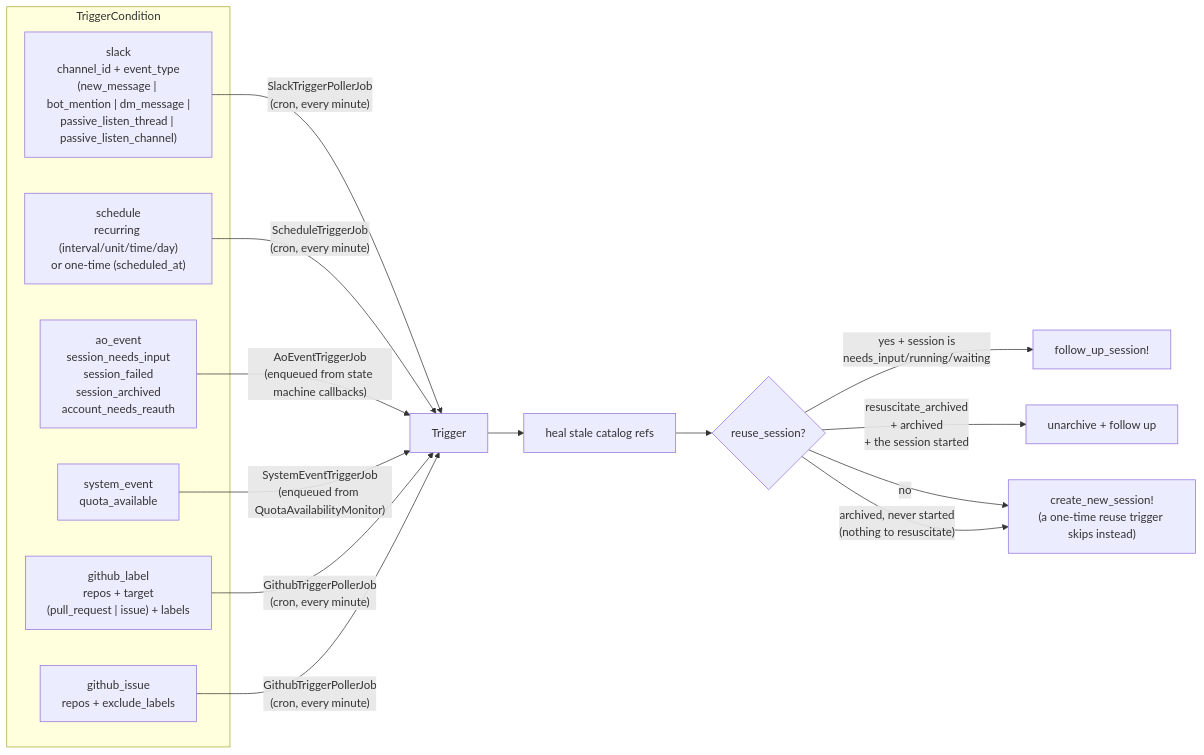
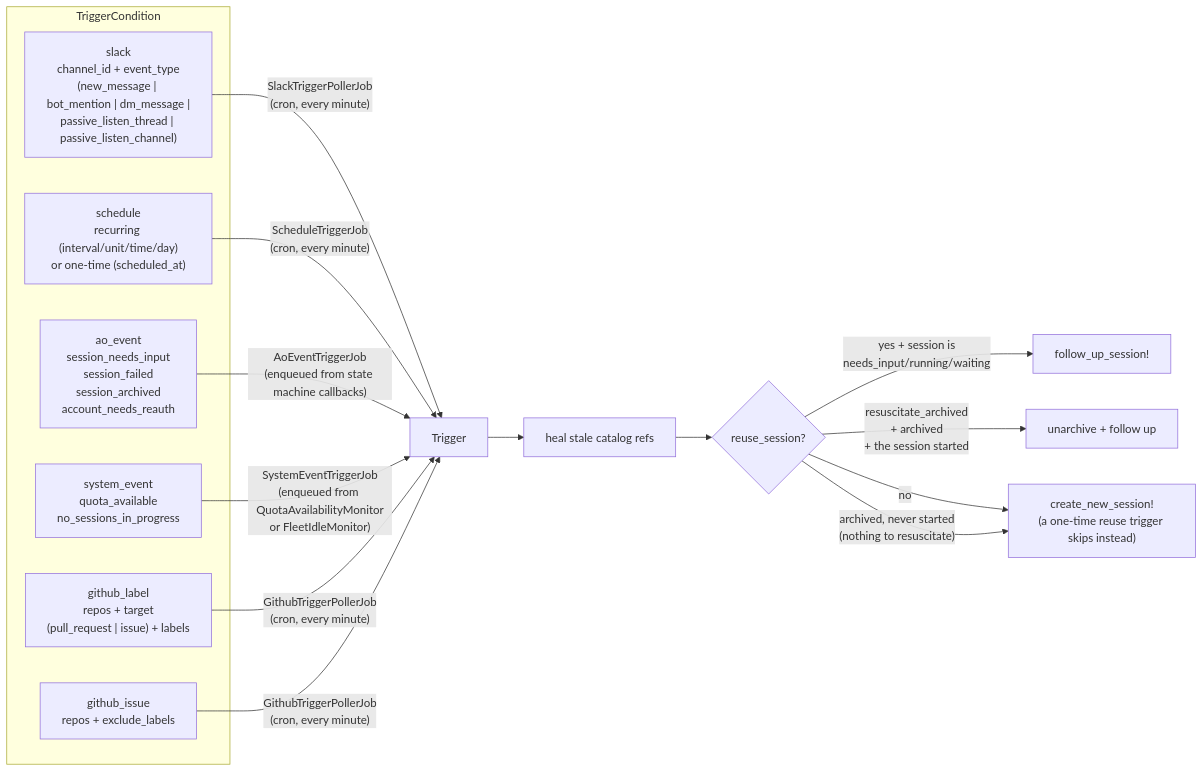
Before and after one commit to tadasant/zimmer: the first of 2 diagrams in docs/src/content/docs/sessions/triggers.md, drawn with Mermaid. The commit also changed other lines of this file and 18 other files, not shown here.

````diff
--- a/docs/src/content/docs/sessions/triggers.md
+++ b/docs/src/content/docs/sessions/triggers.md
@@ -15,25 +15,25 @@
 ```mermaid
 flowchart LR
     subgraph conditions["TriggerCondition"]
         SL["slack<br/>channel_id + event_type<br/>(new_message | bot_mention | dm_message |<br/>passive_listen_thread | passive_listen_channel)"]
         SC["schedule<br/>recurring (interval/unit/time/day)<br/>or one-time (scheduled_at)"]
         AO["ao_event<br/>session_needs_input<br/>session_failed<br/>session_archived<br/>account_needs_reauth"]
-        SE["system_event<br/>quota_available"]
+        SE["system_event<br/>quota_available<br/>no_sessions_in_progress"]
         GL["github_label<br/>repos + target<br/>(pull_request | issue) + labels"]
         GI["github_issue<br/>repos + exclude_labels"]
     end
 
     SL -->|"SlackTriggerPollerJob<br/>(cron, every minute)"| T["Trigger"]
     SC -->|"ScheduleTriggerJob<br/>(cron, every minute)"| T
     AO -->|"AoEventTriggerJob<br/>(enqueued from state machine callbacks)"| T
-    SE -->|"SystemEventTriggerJob<br/>(enqueued from QuotaAvailabilityMonitor)"| T
+    SE -->|"SystemEventTriggerJob<br/>(enqueued from QuotaAvailabilityMonitor<br/>or FleetIdleMonitor)"| T
     GL -->|"GithubTriggerPollerJob<br/>(cron, every minute)"| T
     GI -->|"GithubTriggerPollerJob<br/>(cron, every minute)"| T
 
     T --> H["heal stale catalog refs"]
     H --> D{"reuse_session?"}
     D -->|"yes + session is<br/>needs_input/running/waiting"| FU["follow_up_session!"]
     D -->|"resuscitate_archived<br/>+ archived<br/>+ the session started"| RS["unarchive + follow up"]
     D -->|no| NEW["create_new_session!<br/>(a one-time reuse trigger skips instead)"]
     D -->|"archived, never started<br/>(nothing to resuscitate)"| NEW
 ```
````
